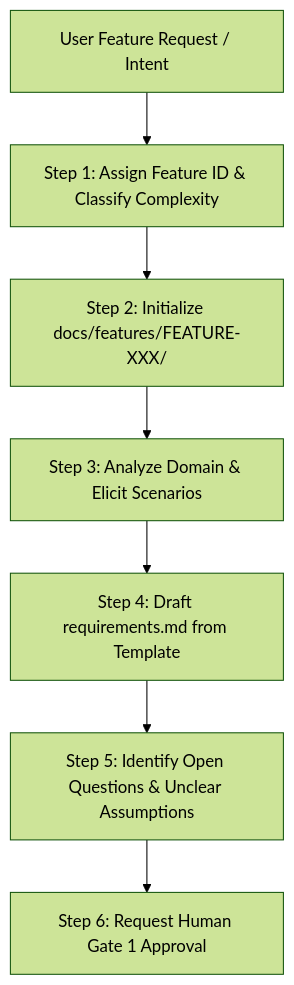
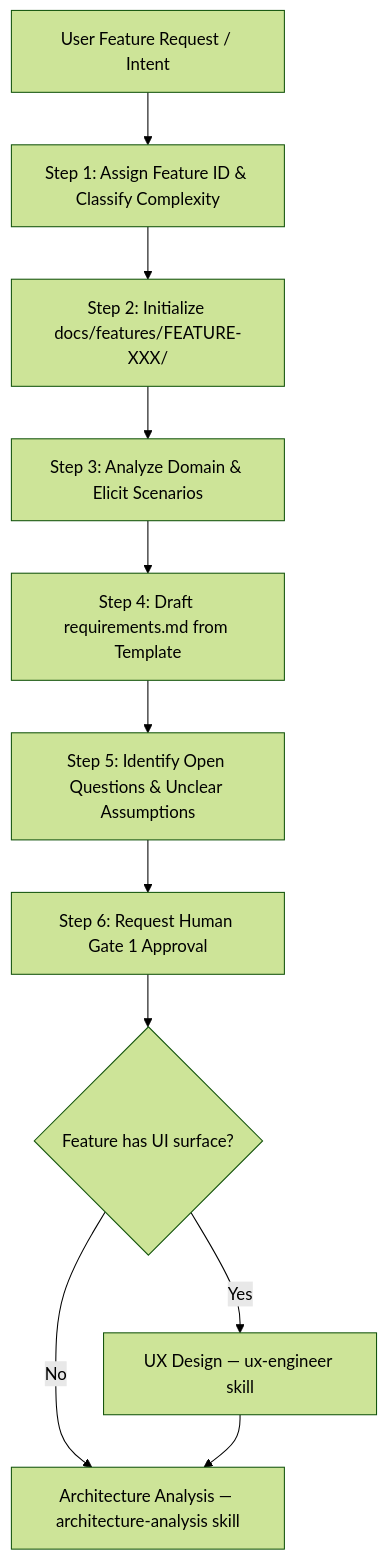
Before and after one commit to abrahamck/fleet_solution: the diagram in .agents/skills/feature-discovery/SKILL.md, drawn with Mermaid (forest theme). The commit also changed other lines of this file and 27 other files, not shown here.

Commit message:
feat: add ux-engineer agent skill and reference documentation

````diff
--- a/.agents/skills/feature-discovery/SKILL.md
+++ b/.agents/skills/feature-discovery/SKILL.md
@@ -26,9 +26,13 @@
 ```mermaid
 flowchart TD
     A[User Feature Request / Intent] --> B[Step 1: Assign Feature ID & Classify Complexity]
     B --> C[Step 2: Initialize docs/features/FEATURE-XXX/]
     C --> D[Step 3: Analyze Domain & Elicit Scenarios]
     D --> E[Step 4: Draft requirements.md from Template]
     E --> F[Step 5: Identify Open Questions & Unclear Assumptions]
     F --> G[Step 6: Request Human Gate 1 Approval]
+    G --> H{Feature has UI surface?}
+    H -->|Yes| I[UX Design — ux-engineer skill]
+    H -->|No| J[Architecture Analysis — architecture-analysis skill]
+    I --> J
 ```
````
